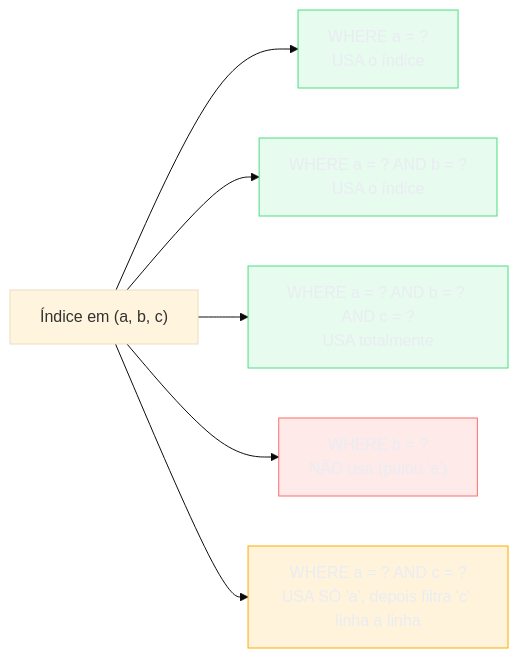
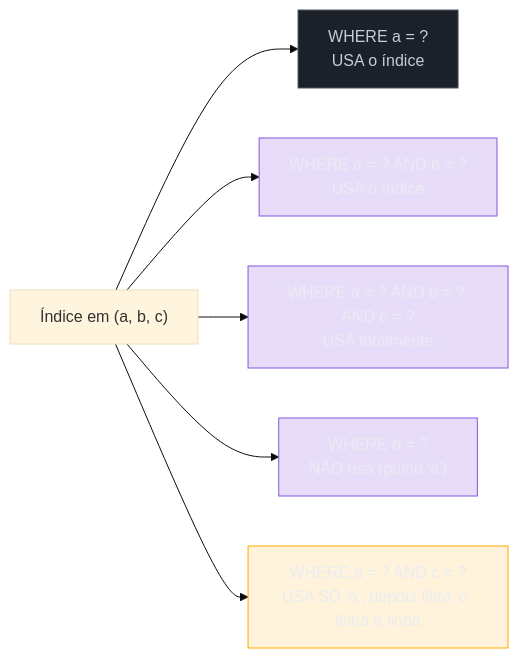
The second of 4 diagrams in 03-Dominios/Ciência/Banco de Dados/07 - Índices.md (josenaldo/codex-technomanticus), drawn with Mermaid (base theme) before and after one commit. The commit also changed other lines of this file and 601 other files, not shown here.

````diff
--- a/03-Dominios/Ciência/Banco de Dados/07 - Índices.md
+++ b/03-Dominios/Ciência/Banco de Dados/07 - Índices.md
@@ -113,17 +113,17 @@
 ```mermaid
 flowchart LR
-    classDef ok fill:#4ADE8021,stroke:#4ADE80,color:#E9ECF2
-    classDef falha fill:#FF6B6B24,stroke:#FF6B6B,color:#E9ECF2
+    classDef marca fill:#8855DF33,stroke:#8855DF,color:#E9ECF2
+    classDef neutro fill:#1B2029,stroke:#4E5666,color:#C6CCD8
     classDef destaque fill:#FFAA0024,stroke:#FFAA00,color:#E9ECF2
     IDX["Índice em (a, b, c)"]
     IDX --> Q1["WHERE a = ?<br/>USA o índice"]
     IDX --> Q2["WHERE a = ? AND b = ?<br/>USA o índice"]
     IDX --> Q3["WHERE a = ? AND b = ? AND c = ?<br/>USA totalmente"]
     IDX --> Q4["WHERE b = ?<br/>NÃO usa (pulou 'a')"]
     IDX --> Q5["WHERE a = ? AND c = ?<br/>USA SÓ 'a', depois filtra 'c' linha a linha"]
-    class Q1 ok
-    class Q2 ok
-    class Q3 ok
-    class Q4 falha
+    class Q1 neutro
+    class Q2 marca
+    class Q3 marca
+    class Q4 marca
     class Q5 destaque
 ```
````
